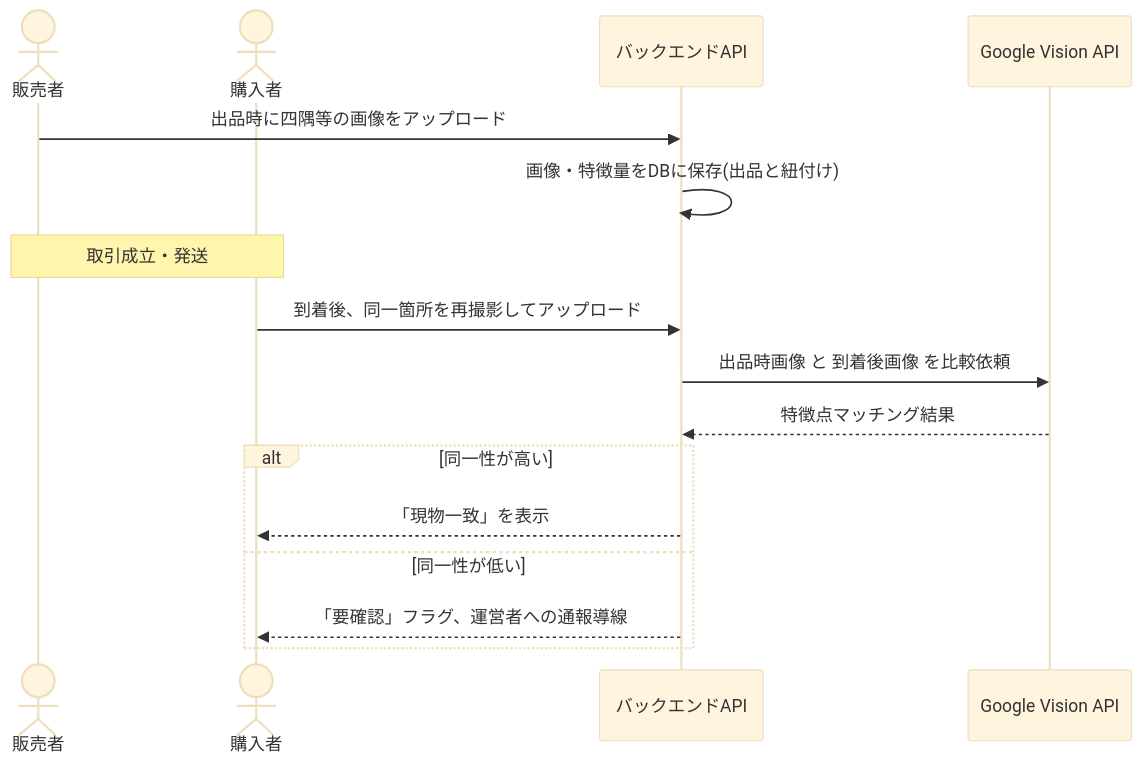
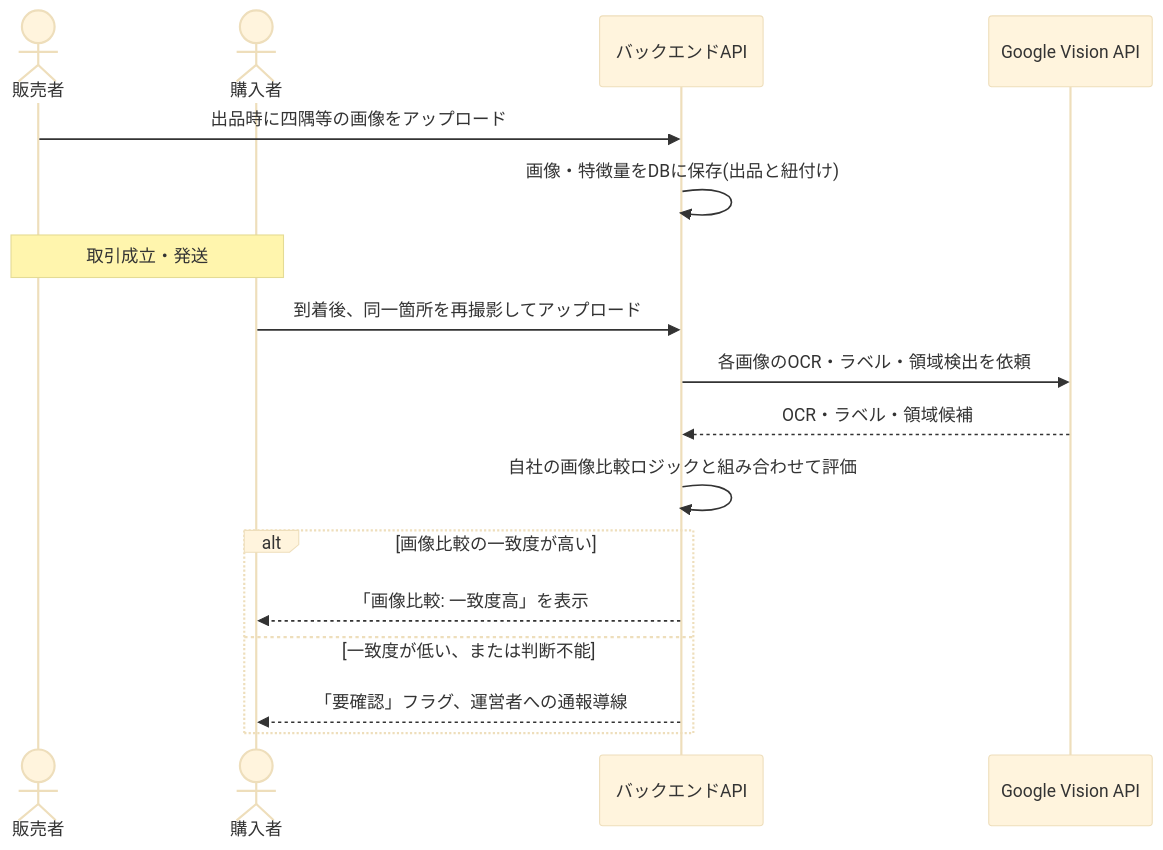
The fifth of 6 diagrams in docs/design/system-architecture.md (study-basic-hackathon/trust-ca), drawn with Mermaid (base theme) before and after one commit. The commit also changed other lines of this file and 4 other files, not shown here.

````diff
--- a/docs/design/system-architecture.md
+++ b/docs/design/system-architecture.md
@@ -206,19 +207,20 @@
 ```mermaid
 sequenceDiagram
     actor Seller as 販売者
     actor Buyer as 購入者
     participant BE as バックエンドAPI
     participant Vision as Google Vision API
 
     Seller->>BE: 出品時に四隅等の画像をアップロード
     BE->>BE: 画像・特徴量をDBに保存(出品と紐付け)
     Note over Seller,Buyer: 取引成立・発送
     Buyer->>BE: 到着後、同一箇所を再撮影してアップロード
-    BE->>Vision: 出品時画像 と 到着後画像 を比較依頼
-    Vision-->>BE: 特徴点マッチング結果
-    alt 同一性が高い
-        BE-->>Buyer: 「現物一致」を表示
-    else 同一性が低い
+    BE->>Vision: 各画像のOCR・ラベル・領域検出を依頼
+    Vision-->>BE: OCR・ラベル・領域候補
+    BE->>BE: 自社の画像比較ロジックと組み合わせて評価
+    alt 画像比較の一致度が高い
+        BE-->>Buyer: 「画像比較: 一致度高」を表示
+    else 一致度が低い、または判断不能
         BE-->>Buyer: 「要確認」フラグ、運営者への通報導線
     end
 ```
````
